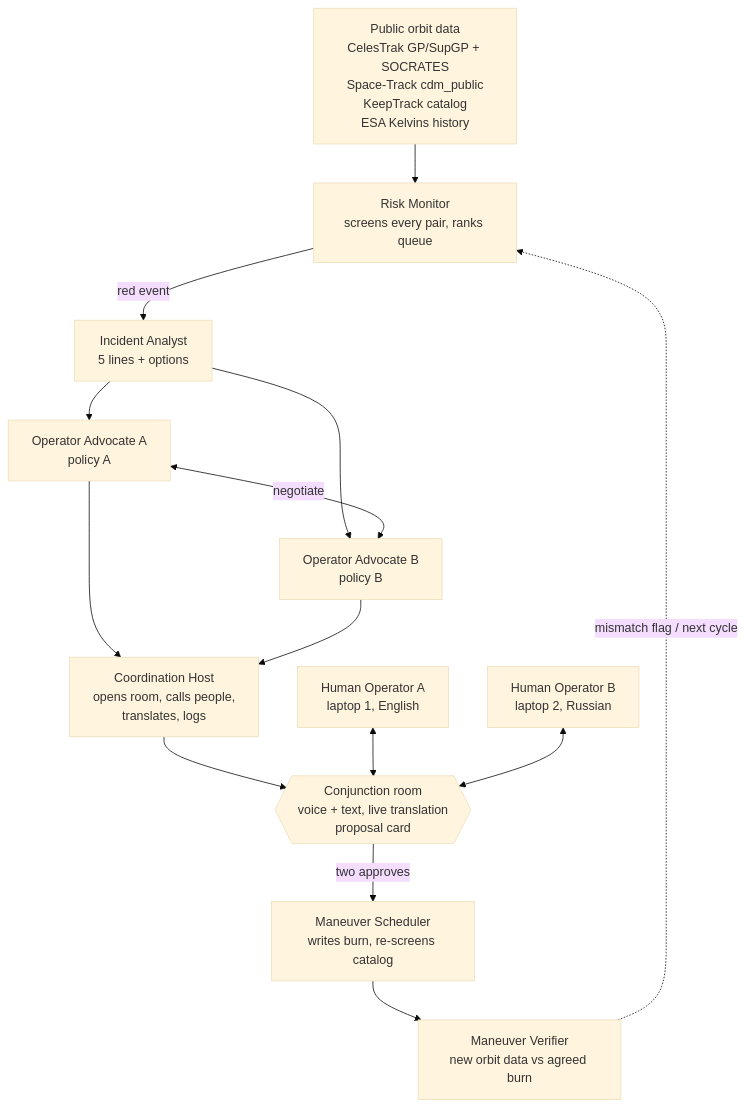
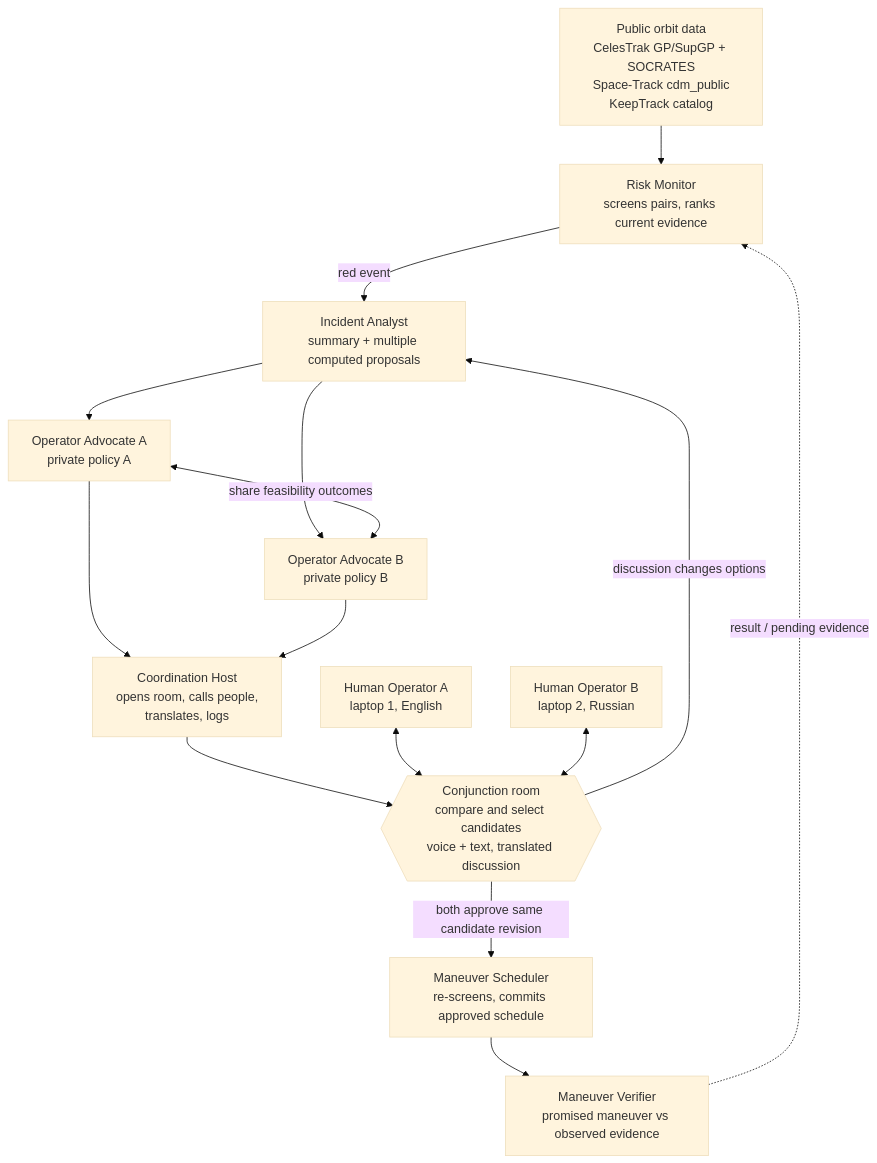
The diagram in docs/plan-v1.md (ksavkin/OrbitCall), drawn with Mermaid (base theme) before and after one commit. The commit also changed other lines of this file and 3 other files, not shown here.

````diff
--- a/docs/plan-v1.md
+++ b/docs/plan-v1.md
@@ -135,16 +127,17 @@
 ```mermaid
 flowchart TD
-    D["Public orbit data<br/>CelesTrak GP/SupGP + SOCRATES<br/>Space-Track cdm_public<br/>KeepTrack catalog<br/>ESA Kelvins history"] --> S[Risk Monitor<br/>screens every pair, ranks queue]
-    S -- "red event" --> AN[Incident Analyst<br/>5 lines + options]
-    AN --> OA[Operator Advocate A<br/>policy A]
-    AN --> OB[Operator Advocate B<br/>policy B]
-    OA <-- negotiate --> OB
+    D["Public orbit data<br/>CelesTrak GP/SupGP + SOCRATES<br/>Space-Track cdm_public<br/>KeepTrack catalog"] --> S[Risk Monitor<br/>screens pairs, ranks current evidence]
+    S -- "red event" --> AN[Incident Analyst<br/>summary + multiple computed proposals]
+    AN --> OA[Operator Advocate A<br/>private policy A]
+    AN --> OB[Operator Advocate B<br/>private policy B]
+    OA <-- "share feasibility outcomes" --> OB
     OA --> DI[Coordination Host<br/>opens room, calls people,<br/>translates, logs]
     OB --> DI
-    DI --> R{{"Conjunction room<br/>voice + text, live translation<br/>proposal card"}}
+    DI --> R{{"Conjunction room<br/>compare and select candidates<br/>voice + text, translated discussion"}}
     HA["Human Operator A<br/>laptop 1, English"] <--> R
     HB["Human Operator B<br/>laptop 2, Russian"] <--> R
-    R -- "two approves" --> EX[Maneuver Scheduler<br/>writes burn, re-screens catalog]
-    EX --> VE[Maneuver Verifier<br/>new orbit data vs agreed burn]
-    VE -. "mismatch flag / next cycle" .-> S
+    R -- "discussion changes options" --> AN
+    R -- "both approve same candidate revision" --> EX[Maneuver Scheduler<br/>re-screens, commits approved schedule]
+    EX --> VE[Maneuver Verifier<br/>promised maneuver vs observed evidence]
+    VE -. "result / pending evidence" .-> S
 ```
````
